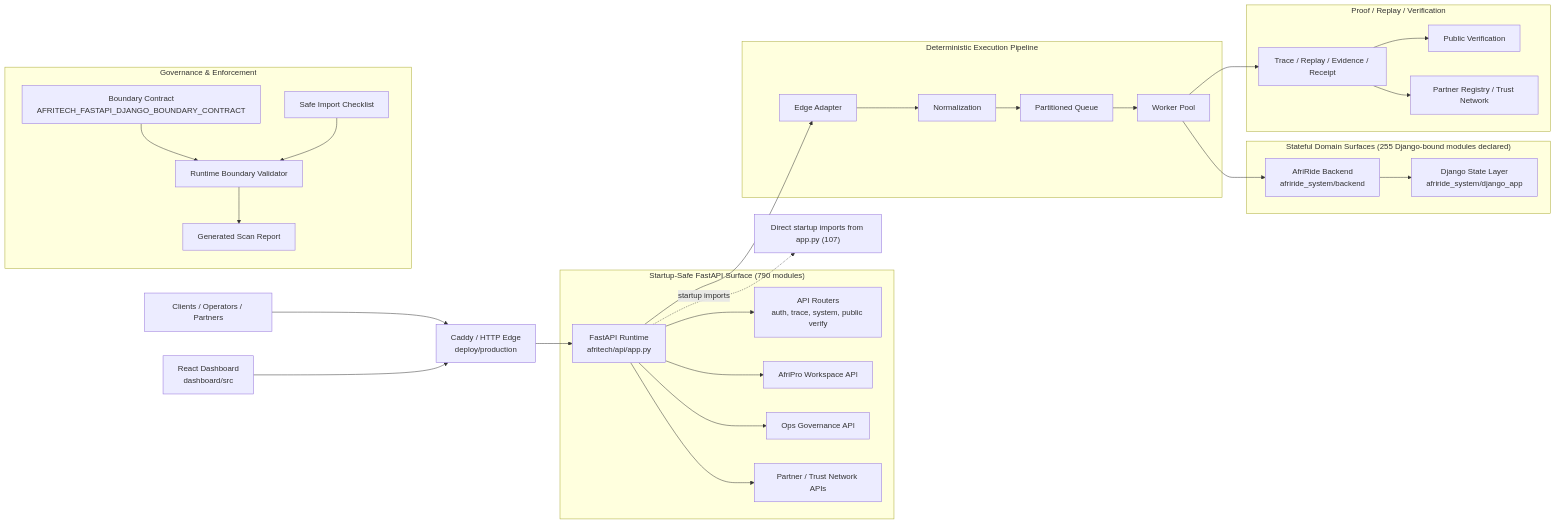
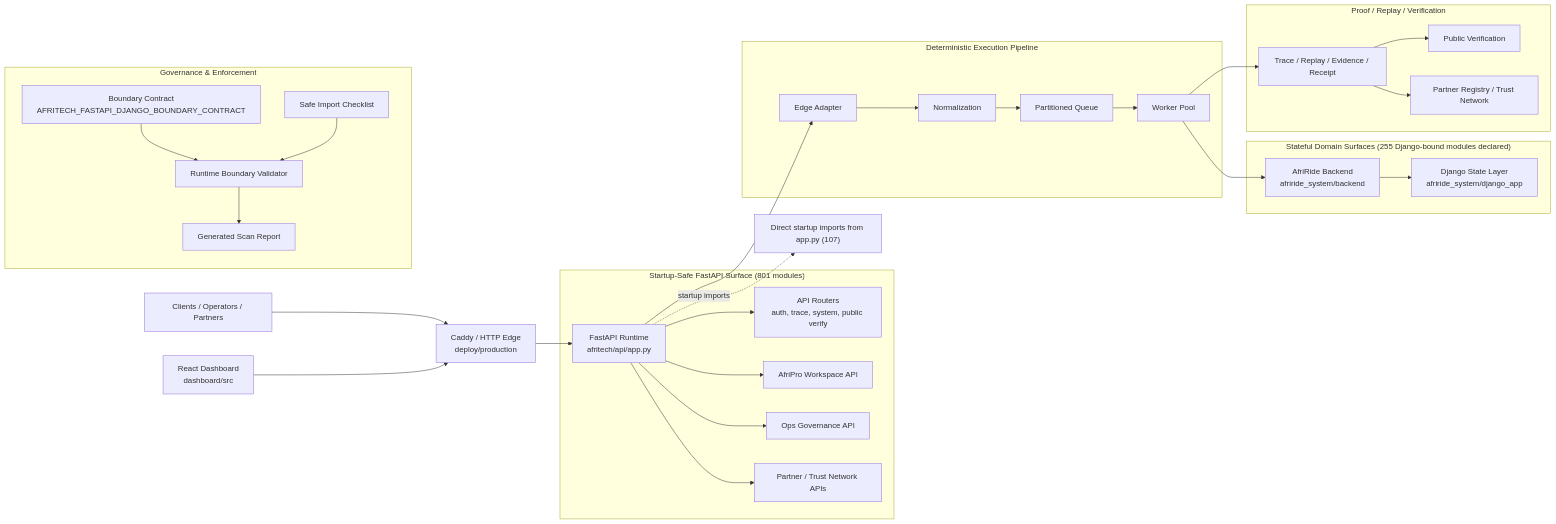
Before and after one commit to Strelly2023/afritelematics: the first of 2 diagrams in docs/architecture/AFRITECH_FULL_ARCHITECTURE_GRAPH.md, drawn with Mermaid. The commit also changed other lines of this file and 30 other files, not shown here.

````diff
--- a/docs/architecture/AFRITECH_FULL_ARCHITECTURE_GRAPH.md
+++ b/docs/architecture/AFRITECH_FULL_ARCHITECTURE_GRAPH.md
@@ -22,39 +22,39 @@
 ```mermaid
 flowchart LR
     Client["Clients / Operators / Partners"] --> Edge["Caddy / HTTP Edge\ndeploy/production"]
     Dashboard["React Dashboard\ndashboard/src"] --> Edge
     Edge --> App["FastAPI Runtime\nafritech/api/app.py"]
 
-    subgraph FastAPI["Startup-Safe FastAPI Surface (790 modules)"]
+    subgraph FastAPI["Startup-Safe FastAPI Surface (801 modules)"]
         App --> Api["API Routers\nauth, trace, system, public verify"]
         App --> Workspace["AfriPro Workspace API"]
         App --> Governance["Ops Governance API"]
         App --> Trust["Partner / Trust Network APIs"]
     end
 
     subgraph Pipeline["Deterministic Execution Pipeline"]
         App --> Adapt["Edge Adapter"]
         Adapt --> Normalize["Normalization"]
         Normalize --> Queue["Partitioned Queue"]
         Queue --> Worker["Worker Pool"]
     end
 
     subgraph State["Stateful Domain Surfaces (255 Django-bound modules declared)"]
         Worker --> Domain["AfriRide Backend\nafriride_system/backend"]
         Domain --> Django["Django State Layer\nafriride_system/django_app"]
     end
 
     subgraph Proof["Proof / Replay / Verification"]
         Worker --> Trace["Trace / Replay / Evidence / Receipt"]
         Trace --> Public["Public Verification"]
         Trace --> Registry["Partner Registry / Trust Network"]
     end
 
     subgraph GovernancePlane["Governance & Enforcement"]
         Contract["Boundary Contract\nAFRITECH_FASTAPI_DJANGO_BOUNDARY_CONTRACT"] --> Validator["Runtime Boundary Validator"]
         Checklist["Safe Import Checklist"] --> Validator
         Validator --> Review["Generated Scan Report"]
     end
 
     App -. startup imports .-> Imports["Direct startup imports from app.py (107)"]
 ```
````
